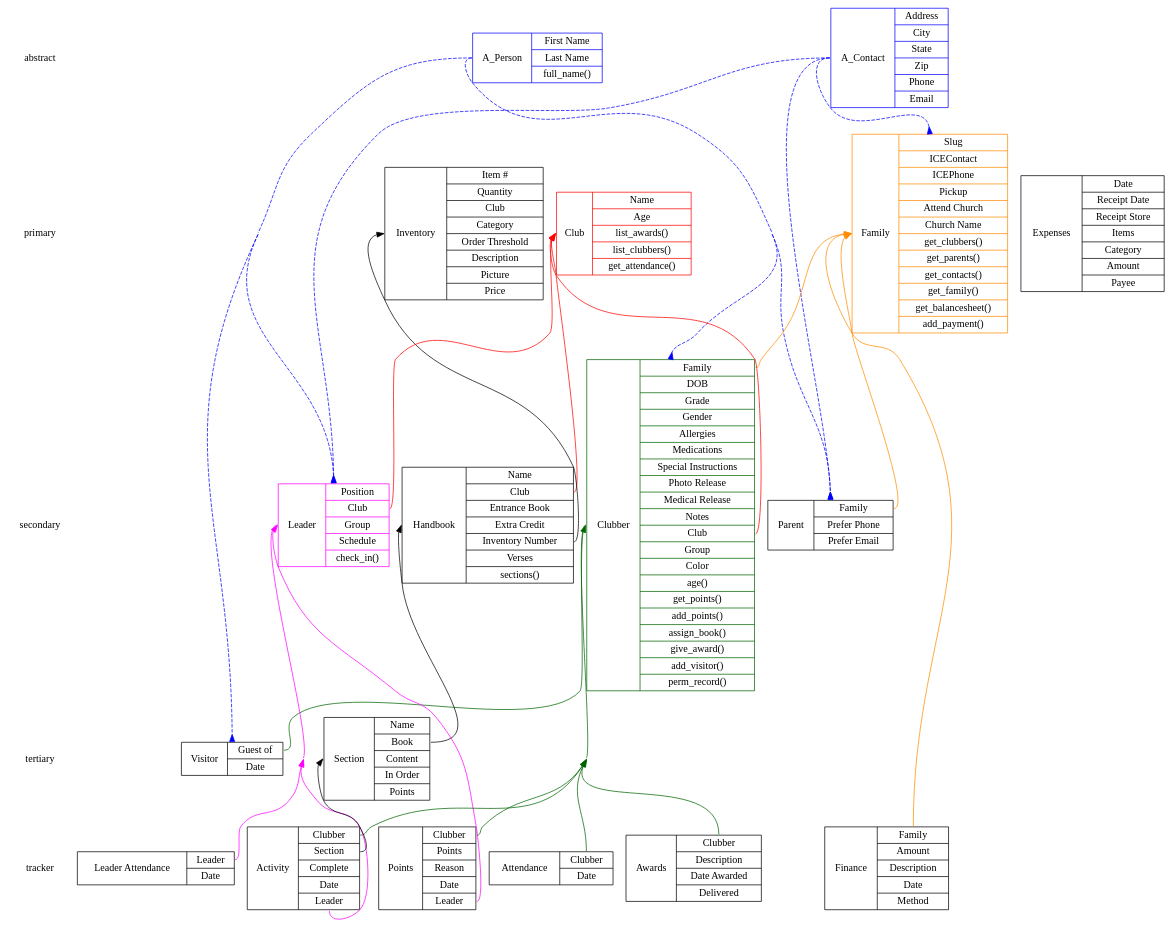
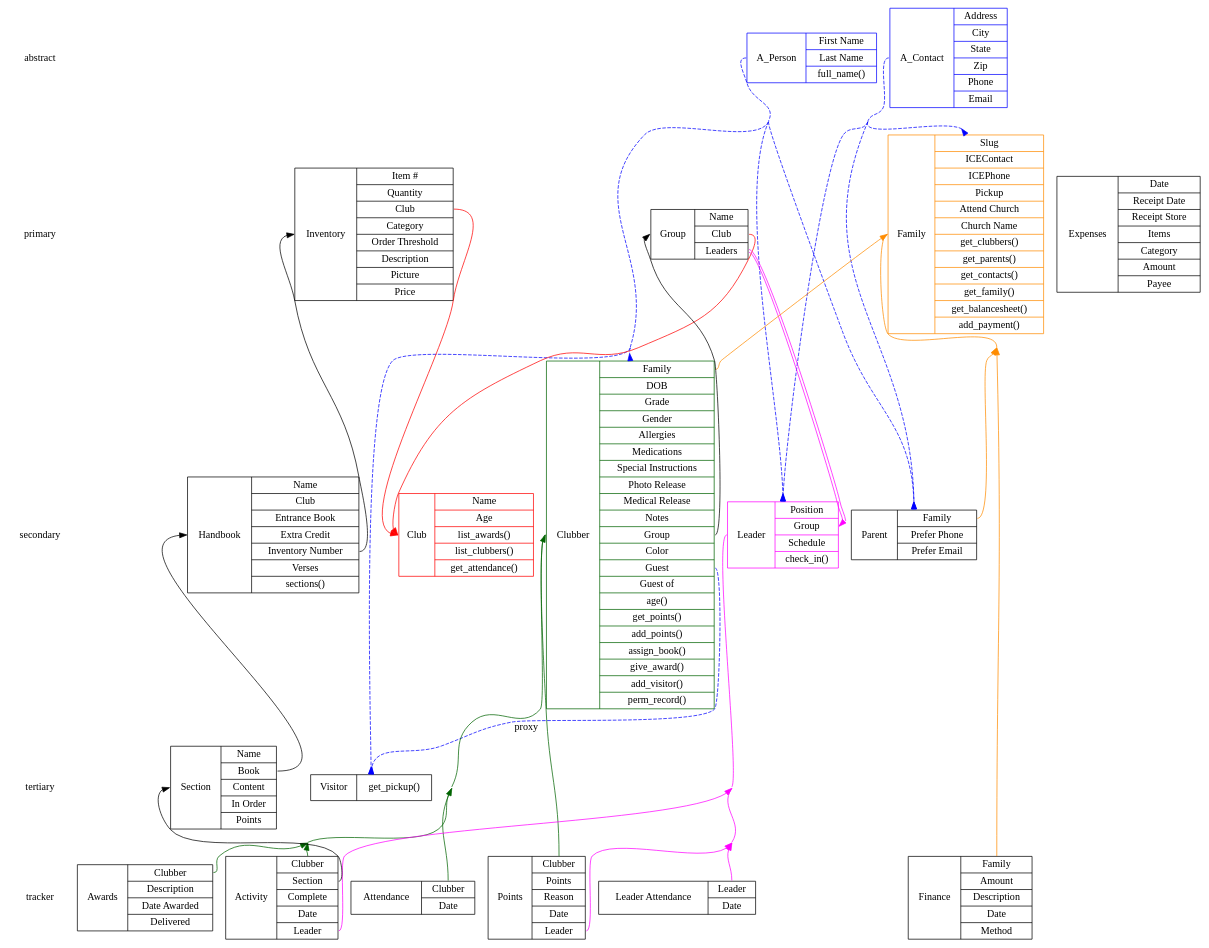
Before and after one commit to fbcp-awanas/website: the diagram in datamodel.dot, drawn with Graphviz.

Commit message:
Datamodel changes

```diff
--- a/datamodel.dot
+++ b/datamodel.dot
@@ -1,6 +1,7 @@
 digraph awanas {
 
 concentrate=true;
+splines=curves;
 
 node [shape=record];
 
@@ -12,9 +13,9 @@
 }
 {
     { rank=same; abstract; A_person; A_contact; }
-    { rank=same; primary; family; club; inv; expenses; };
-    { rank=same; secondary; clubber; parent; handbook; leader; };
-    { rank=same; tertiary; visitor; section; };
+    { rank=same; primary; family; group; inv; expenses; };
+    { rank=same; secondary; clubber; parent; handbook; club; leader;};
+    { rank=same; tertiary; visitor; section;  };
     { rank=same; tracker; finance; points; attendance; l_attendance; award; activity; };
 }
 
@@ -34,8 +35,7 @@
 // People
 {
     leader [color=magenta label="<id>Leader|{Position|
-                                             <club>Club|
-                                             Group|
+                                             <group>Group|
                                              Schedule|
                                              <check_in>check_in()}"];
     clubber [color=darkgreen label="<id>Clubber|{<family>Family|
@@ -48,9 +48,10 @@
                                                  Photo Release|
                                                  Medical Release|
                                                  Notes|
-                                                 <club>Club|
-                                                 Group|
+                                                 <group>Group|
                                                  Color|
+                                                 <guest>Guest|
+                                                 Guest of|
                                                  <age>age()|
                                                  <get_points>get_points()|
                                                  <add_points>add_points()|
@@ -58,9 +59,7 @@
                                                  <award>give_award()|
                                                  <visitor>add_visitor()|
                                                  <record>perm_record()}"];
-    visitor [label="<id>Visitor|
-                    {<visiting>Guest of|
-                    Date}"];
+    visitor [label="<id>Visitor|{get_pickup()}"]
     parent [label="<id>Parent|{<family>Family|
                                <pref_ph>Prefer Phone|
                                <pref_e>Prefer Email}"];
@@ -85,6 +84,9 @@
                                      <list_awards>list_awards()|
                                      <list_clubbers>list_clubbers()|
                                      <attendance>get_attendance()}" ];
+    group [label="<id>Group|{Name|
+                             <club>Club|
+                             <leader>Leaders}"]
     handbook [label="<id>Handbook|{Name|
                                    <club>Club|
                                    Entrance Book|
@@ -149,6 +151,7 @@
     A_contact:w -> family:n
     A_person:w -> clubber:n
     A_person:w -> visitor:n
+    clubber:guest:e -> visitor:n [label="proxy"]
 }
 
 // Foreign Keys
@@ -163,7 +166,6 @@
 // -> clubber
 {
     edge [color=darkgreen]
-    visitor:visiting -> clubber:id:w
     activity:clubber -> clubber:id:w
     points:clubber -> clubber:id:w
     award:clubber -> clubber:id:w
@@ -173,10 +175,9 @@
 // -> club
 {
     edge [color=red]
-    clubber:club -> club:id:w
     handbook:club -> club:id:w
-    leader:club -> club:id:w
     inv:club -> club:id:w
+    group:club -> club:id:w
 }
 
 // -> leader
@@ -185,6 +186,7 @@
     points:leader -> leader:id:w
     l_attendance:leader -> leader:id:w
     activity:leader -> leader:id:w
+    "group":leader:e -> leader:group:e [color="magenta:invis:magenta"]
 }
 
 // -> *
@@ -192,6 +194,7 @@
     handbook:inv -> inv:id:w
     section:book -> handbook:id:w
     activity:section -> section:id:w
+    clubber:group -> group:id:w
 
 }
 
```
